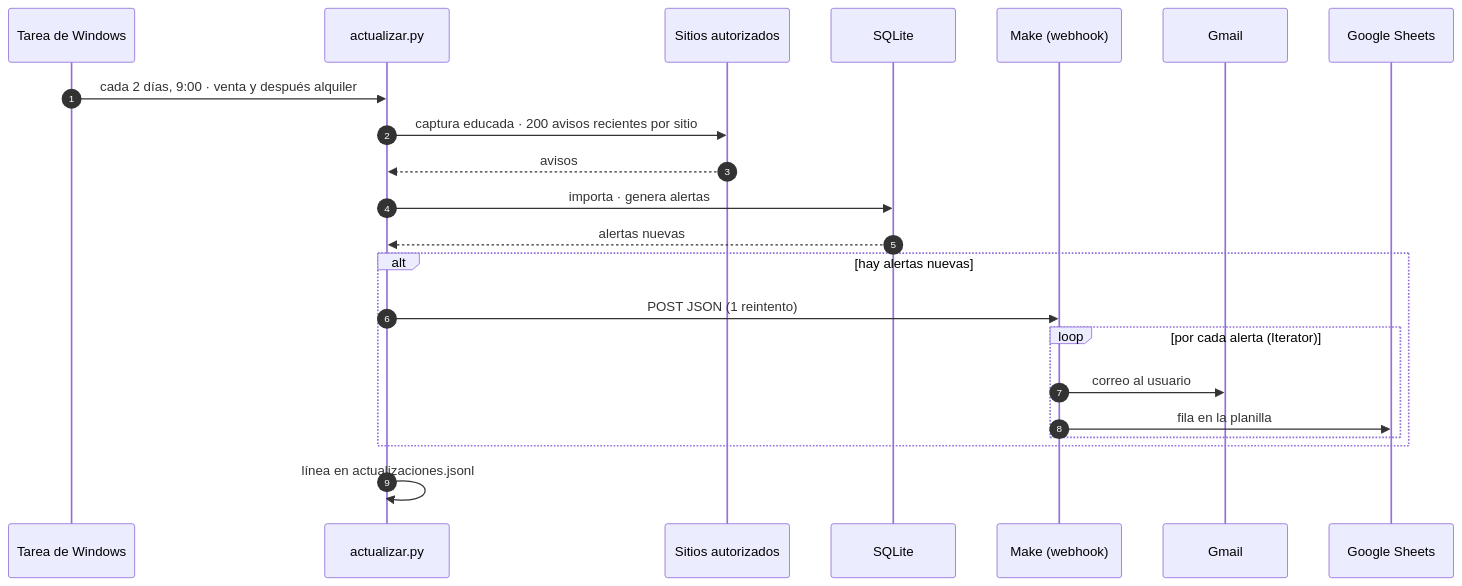
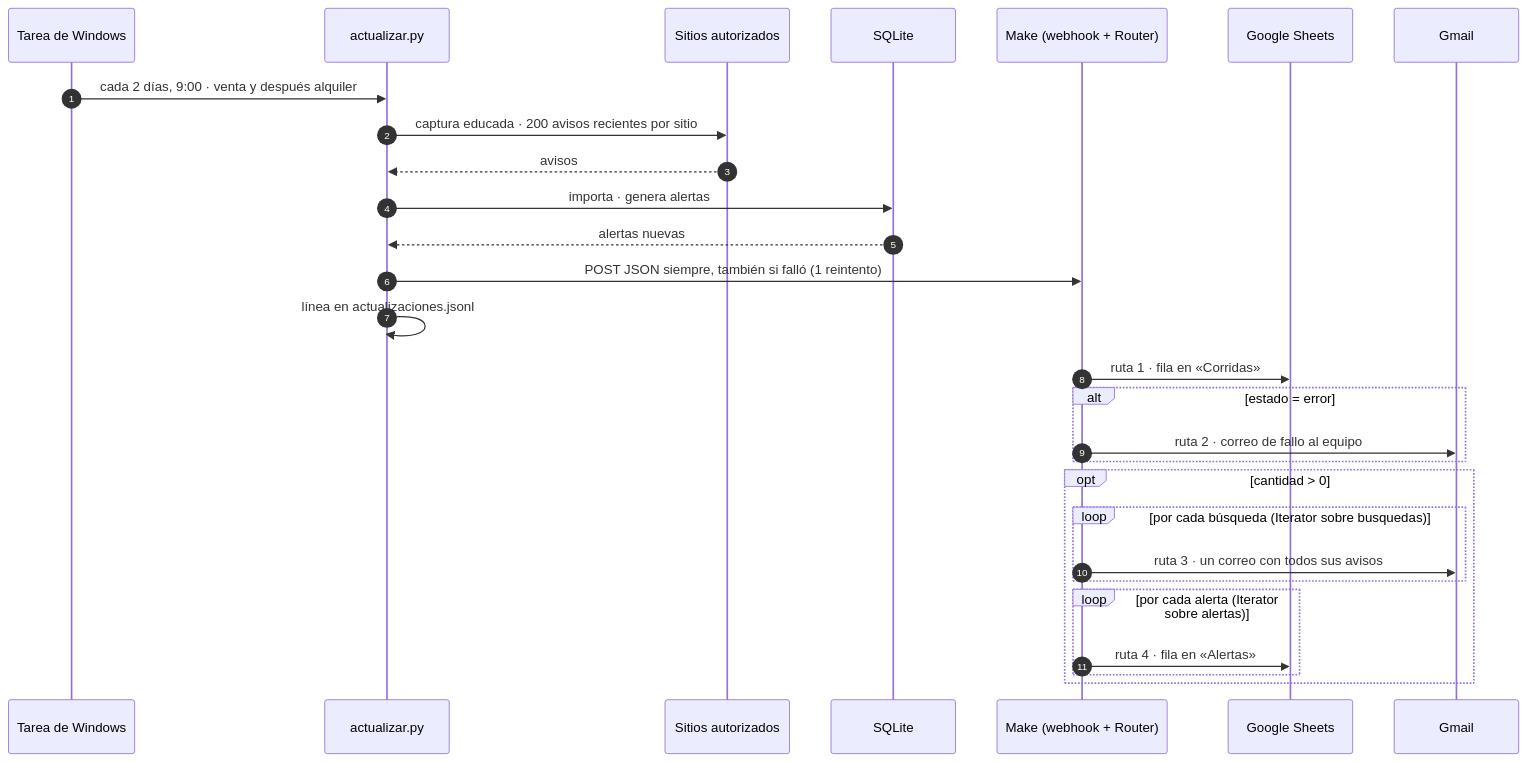
One commit to cruz-jenifer/precio-entorno-caba changed the fourth of 5 diagrams in docs/arquitectura.md. Above: the diagram before and after it, drawn with Mermaid. The commit also changed other lines of this file and 25 other files, not shown here.

First line of the commit message:
Alertas por correo orquestadas por Make con un Actor de Apify

````diff
--- a/docs/arquitectura.md
+++ b/docs/arquitectura.md
@@ -308,24 +308,30 @@
 ```mermaid
 sequenceDiagram
   autonumber
   participant W as Tarea de Windows
   participant A as actualizar.py
   participant S as Sitios autorizados
   participant DB as SQLite
-  participant M as Make (webhook)
+  participant M as Make (webhook + Router)
+  participant SH as Google Sheets
   participant G as Gmail
-  participant SH as Google Sheets
   W->>A: cada 2 días, 9:00 · venta y después alquiler
   A->>S: captura educada · 200 avisos recientes por sitio
   S-->>A: avisos
   A->>DB: importa · genera alertas
   DB-->>A: alertas nuevas
-  alt hay alertas nuevas
-    A->>M: POST JSON (1 reintento)
-    loop por cada alerta (Iterator)
-      M->>G: correo al usuario
-      M->>SH: fila en la planilla
+  A->>M: POST JSON siempre, también si falló (1 reintento)
+  A->>A: línea en actualizaciones.jsonl
+  M->>SH: ruta 1 · fila en «Corridas»
+  alt estado = error
+    M->>G: ruta 2 · correo de fallo al equipo
+  end
+  opt cantidad > 0
+    loop por cada búsqueda (Iterator sobre busquedas)
+      M->>G: ruta 3 · un correo con todos sus avisos
+    end
+    loop por cada alerta (Iterator sobre alertas)
+      M->>SH: ruta 4 · fila en «Alertas»
     end
   end
-  A->>A: línea en actualizaciones.jsonl
 ```
````
